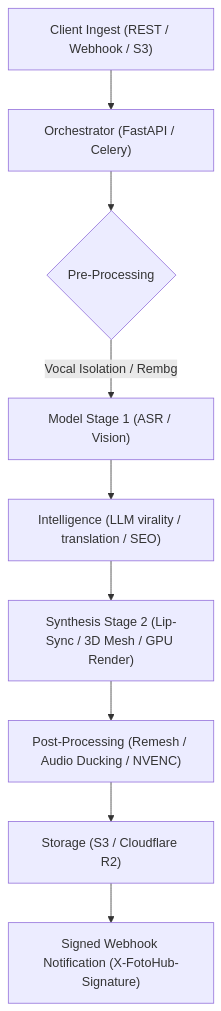
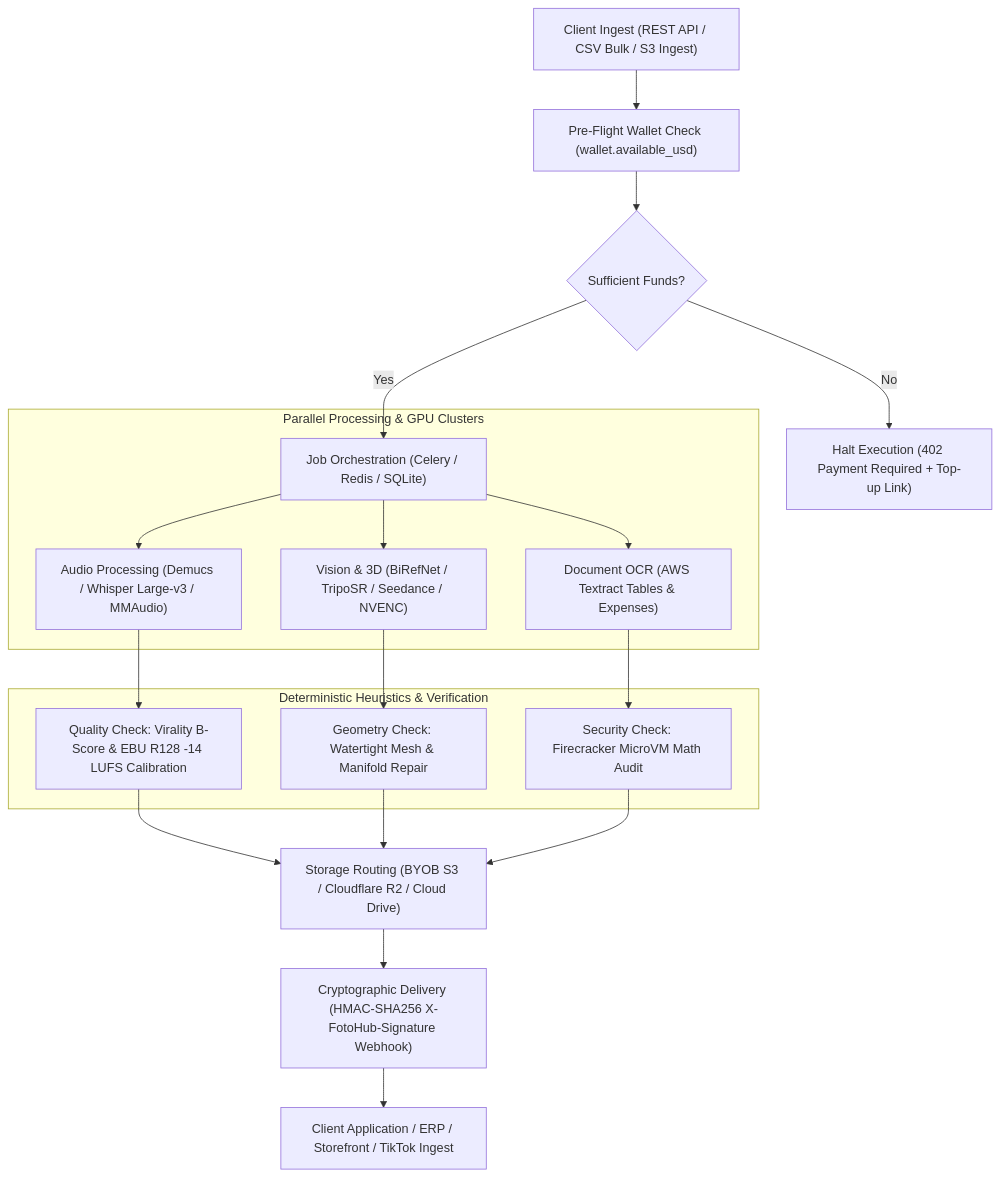
The diagram in recipes/overview.md (fotohubapp/docs), drawn with Mermaid before and after one commit. The commit also changed other lines of this file and 11 other files, not shown here.

````diff
--- a/recipes/overview.md
+++ b/recipes/overview.md
@@ -24,11 +33,23 @@
 ```mermaid
 flowchart TD
-    A["Client Ingest (REST / Webhook / S3)"] --> B["Orchestrator (FastAPI / Celery)"]
-    B --> C{"Pre-Processing"}
-    C -->|"Vocal Isolation / Rembg"| D["Model Stage 1 (ASR / Vision)"]
-    D --> E["Intelligence (LLM virality / translation / SEO)"]
-    E --> F["Synthesis Stage 2 (Lip-Sync / 3D Mesh / GPU Render)"]
-    F --> G["Post-Processing (Remesh / Audio Ducking / NVENC)"]
-    G --> H["Storage (S3 / Cloudflare R2)"]
-    H --> I["Signed Webhook Notification (X-FotoHub-Signature)"]
+    A["Client Ingest (REST API / CSV Bulk / S3 Ingest)"] --> B["Pre-Flight Wallet Check (wallet.available_usd)"]
+    B --> C{"Sufficient Funds?"}
+    C -->|"No"| D["Halt Execution (402 Payment Required + Top-up Link)"]
+    C -->|"Yes"| E["Job Orchestration (Celery / Redis / SQLite)"]
+    
+    subgraph "Parallel Processing & GPU Clusters"
+        E --> F1["Audio Processing (Demucs / Whisper Large-v3 / MMAudio)"]
+        E --> F2["Vision & 3D (BiRefNet / TripoSR / Seedance / NVENC)"]
+        E --> F3["Document OCR (AWS Textract Tables & Expenses)"]
+    end
+    
+    subgraph "Deterministic Heuristics & Verification"
+        F1 --> G1["Quality Check: Virality B-Score & EBU R128 -14 LUFS Calibration"]
+        F2 --> G2["Geometry Check: Watertight Mesh & Manifold Repair"]
+        F3 --> G3["Security Check: Firecracker MicroVM Math Audit"]
+    end
+    
+    G1 & G2 & G3 --> H["Storage Routing (BYOB S3 / Cloudflare R2 / Cloud Drive)"]
+    H --> I["Cryptographic Delivery (HMAC-SHA256 X-FotoHub-Signature Webhook)"]
+    I --> J["Client Application / ERP / Storefront / TikTok Ingest"]
 ```
````
